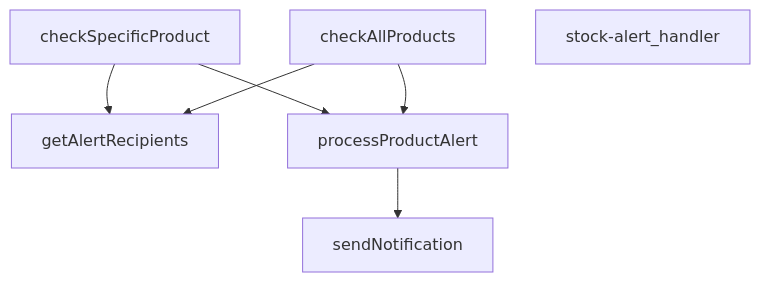
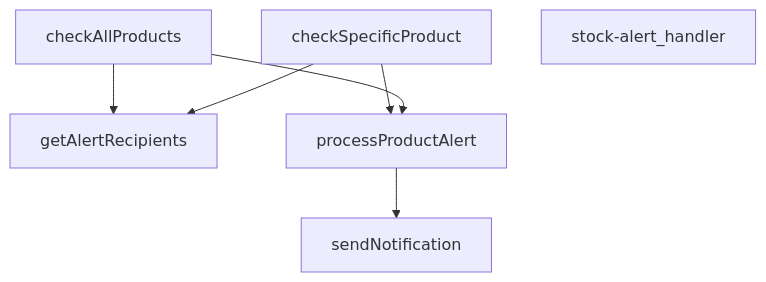
One commit to peckop/venthub-hvac-esite changed the diagram in supabase/functions/stock-alert/index.md. Above: the diagram before and after it, drawn with Mermaid. The commit also changed other lines of this file and 38 other files, not shown here.

Commit message:
docs(saas): compile and update database schema and edge functions master docs

````diff
--- a/supabase/functions/stock-alert/index.md
+++ b/supabase/functions/stock-alert/index.md
@@ -208,14 +208,14 @@
 ```mermaid
 graph TD
     index_ts__checkAllProducts["checkAllProducts"]
     index_ts__checkSpecificProduct["checkSpecificProduct"]
     index_ts__getAlertRecipients["getAlertRecipients"]
     index_ts__processProductAlert["processProductAlert"]
     index_ts__sendNotification["sendNotification"]
     index_ts__stock-alert_handler["stock-alert_handler"]
-    index_ts__checkSpecificProduct --> index_ts__getAlertRecipients
-    index_ts__checkAllProducts --> index_ts__getAlertRecipients
     index_ts__processProductAlert --> index_ts__sendNotification
     index_ts__checkSpecificProduct --> index_ts__processProductAlert
+    index_ts__checkAllProducts --> index_ts__getAlertRecipients
+    index_ts__checkSpecificProduct --> index_ts__getAlertRecipients
     index_ts__checkAllProducts --> index_ts__processProductAlert
 ```
````
